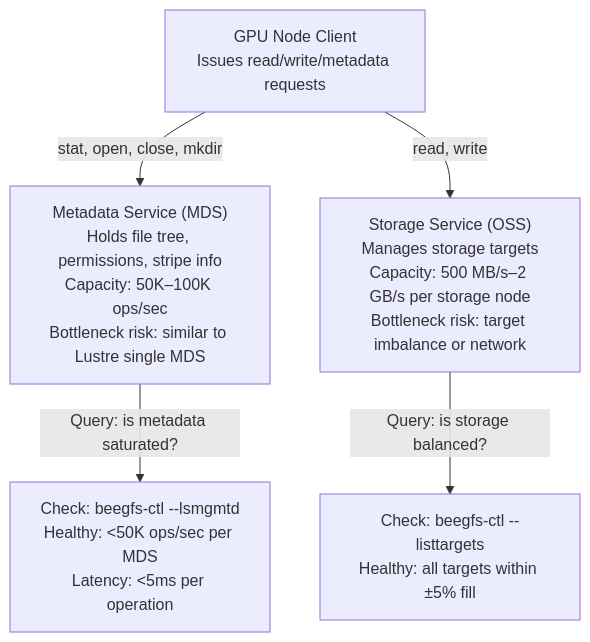
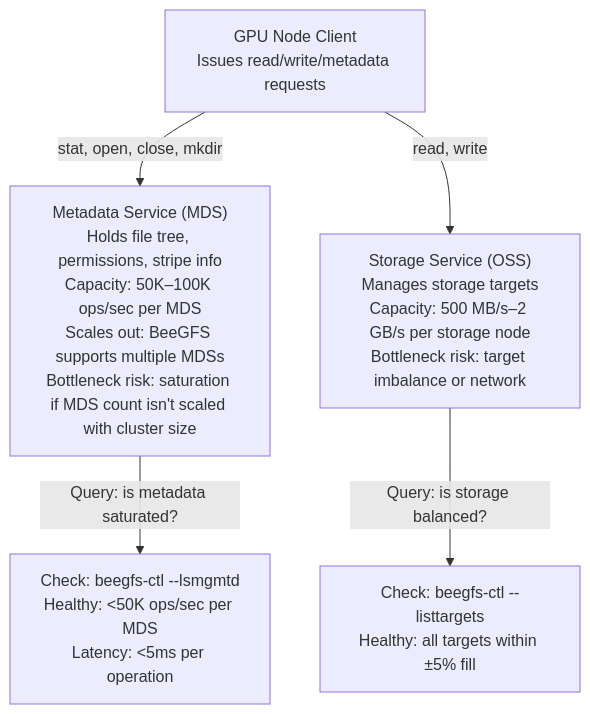
One commit to jithinpnjm/nvidia-devops changed the diagram in docs/nvidia-zero-to-hero/volume-15/chapter-06-beegfs-for-gpu-clusters.md. Above: the diagram before and after it, drawn with Mermaid. The commit also changed other lines of this file and 13 other files, not shown here.

First line of the commit message:
fix(zth-14-15): correct DCGM command, NVLink bandwidth, BeeGFS MDS claims, and re-apply MDX fixes

````diff
--- a/docs/nvidia-zero-to-hero/volume-15/chapter-06-beegfs-for-gpu-clusters.md
+++ b/docs/nvidia-zero-to-hero/volume-15/chapter-06-beegfs-for-gpu-clusters.md
@@ -22,14 +22,14 @@
 ```mermaid
 flowchart TD
     Client["GPU Node Client<br/>Issues read/write/metadata requests"]
     
-    MetaService["Metadata Service (MDS)<br/>Holds file tree, permissions, stripe info<br/>Capacity: 50K–100K ops/sec<br/>Bottleneck risk: similar to Lustre single MDS"]
+    MetaService["Metadata Service (MDS)<br/>Holds file tree, permissions, stripe info<br/>Capacity: 50K–100K ops/sec per MDS<br/>Scales out: BeeGFS supports multiple MDSs<br/>Bottleneck risk: saturation if MDS count isn't scaled with cluster size"]
     
     StorageService["Storage Service (OSS)<br/>Manages storage targets<br/>Capacity: 500 MB/s–2 GB/s per storage node<br/>Bottleneck risk: target imbalance or network"]
     
     Client -->|stat, open, close, mkdir| MetaService
     Client -->|read, write| StorageService
     
     MetaService -->|"Query: is metadata saturated?"| MetaQuery["Check: beegfs-ctl --lsmgmtd<br/>Healthy: <50K ops/sec per MDS<br/>Latency: <5ms per operation"]
     StorageService -->|"Query: is storage balanced?"| StorageQuery["Check: beegfs-ctl --listtargets<br/>Healthy: all targets within ±5% fill"]
 ```
````
